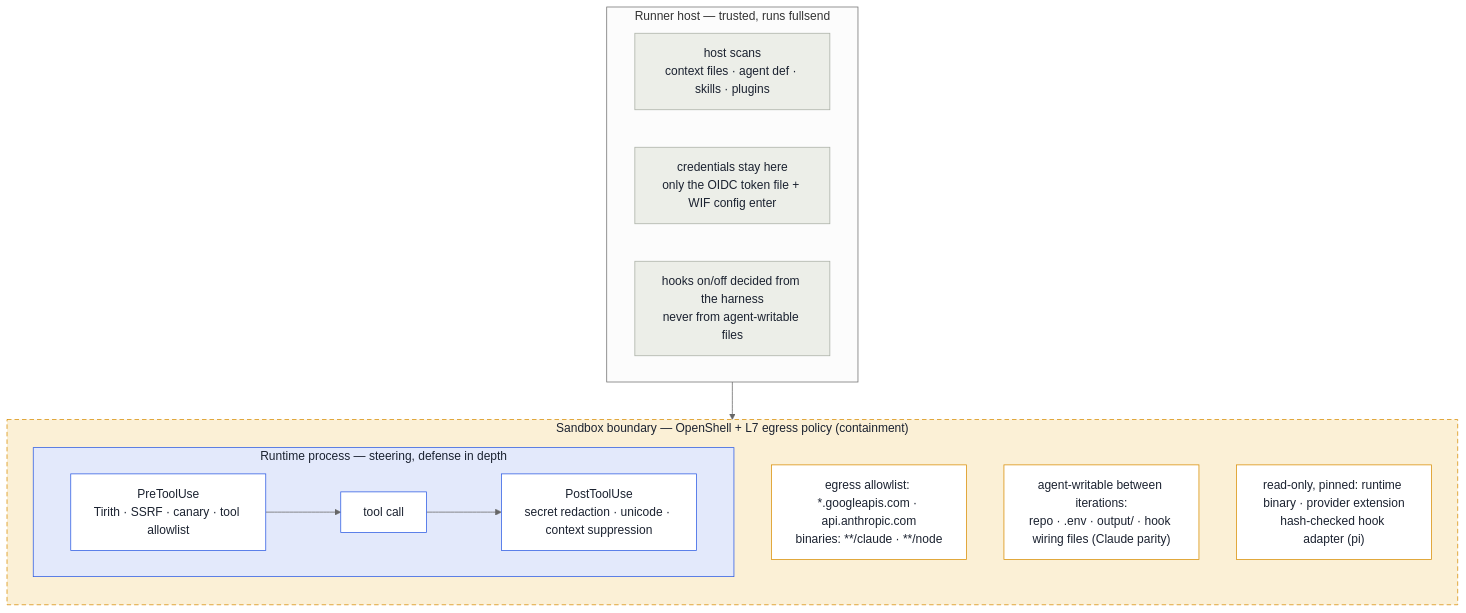
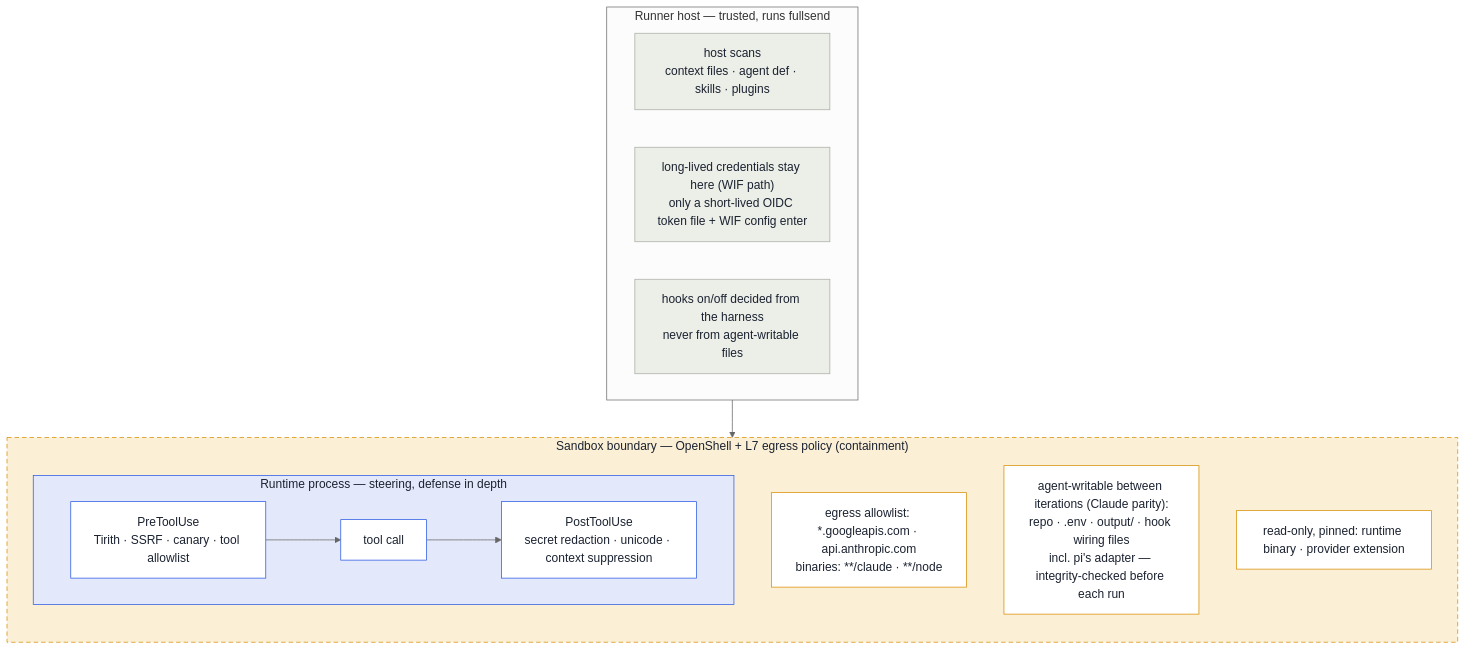
Before and after one commit to Benkapner/fullsend: the second of 3 diagrams in docs/runtimes.md, drawn with Mermaid (neutral theme). The commit also changed other lines of this file and 3 other files, not shown here.

First line of the commit message:
docs(#6464): keep </dev/null visible in diagrams; qualify sandbox credentials

````diff
--- a/docs/runtimes.md
+++ b/docs/runtimes.md
@@ -46,31 +47,31 @@
 ```mermaid
 flowchart TB
   subgraph HOST["Runner host — trusted, runs fullsend"]
     direction LR
     SCAN["host scans\ncontext files · agent def · skills · plugins"]
-    CRED["credentials stay here\nonly the OIDC token file + WIF config enter"]
+    CRED["long-lived credentials stay here (WIF path)\nonly a short-lived OIDC token file + WIF config enter"]
     SIG["hooks on/off decided from the harness\nnever from agent-writable files"]
   end
   subgraph SB["Sandbox boundary — OpenShell + L7 egress policy (containment)"]
     direction TB
     EG["egress allowlist: *.googleapis.com · api.anthropic.com\nbinaries: **/claude · **/node"]
     subgraph PROC["Runtime process — steering, defense in depth"]
       direction LR
       PRE["PreToolUse\nTirith · SSRF · canary · tool allowlist"]
       TOOL["tool call"]
       POST["PostToolUse\nsecret redaction · unicode · context suppression"]
       PRE --> TOOL --> POST
     end
-    WR["agent-writable between iterations:\nrepo · .env · output/ · hook wiring files (Claude parity)"]
-    RO["read-only, pinned: runtime binary · provider extension\nhash-checked hook adapter (pi)"]
+    WR["agent-writable between iterations (Claude parity):\nrepo · .env · output/ · hook wiring files\nincl. pi's adapter — integrity-checked before each run"]
+    RO["read-only, pinned: runtime binary · provider extension"]
   end
   HOST --> SB
   style SB fill:#fbf0d6,stroke:#d98e04,stroke-dasharray:6 4,color:#1b2230
   style PROC fill:#e3e9fb,stroke:#2d5be3,color:#1b2230
   classDef boundary fill:#fff,stroke:#d98e04,color:#1b2230;
   classDef steer fill:#fff,stroke:#2d5be3,color:#1b2230;
   classDef host fill:#eceee8,stroke:#a9afa4,color:#1b2230;
   class EG,WR,RO boundary;
   class PRE,TOOL,POST steer;
   class SCAN,CRED,SIG host;
 ```
````
